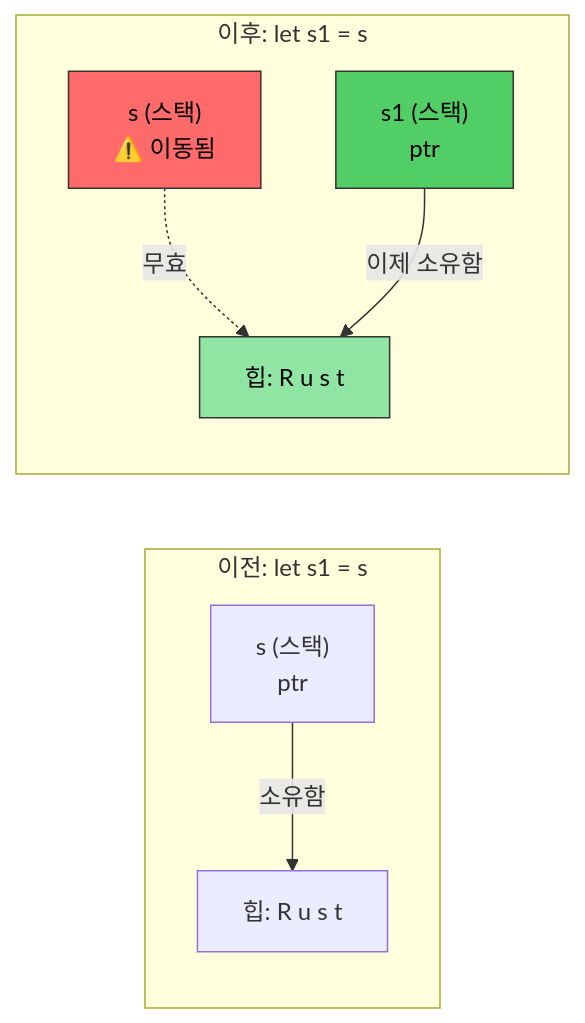
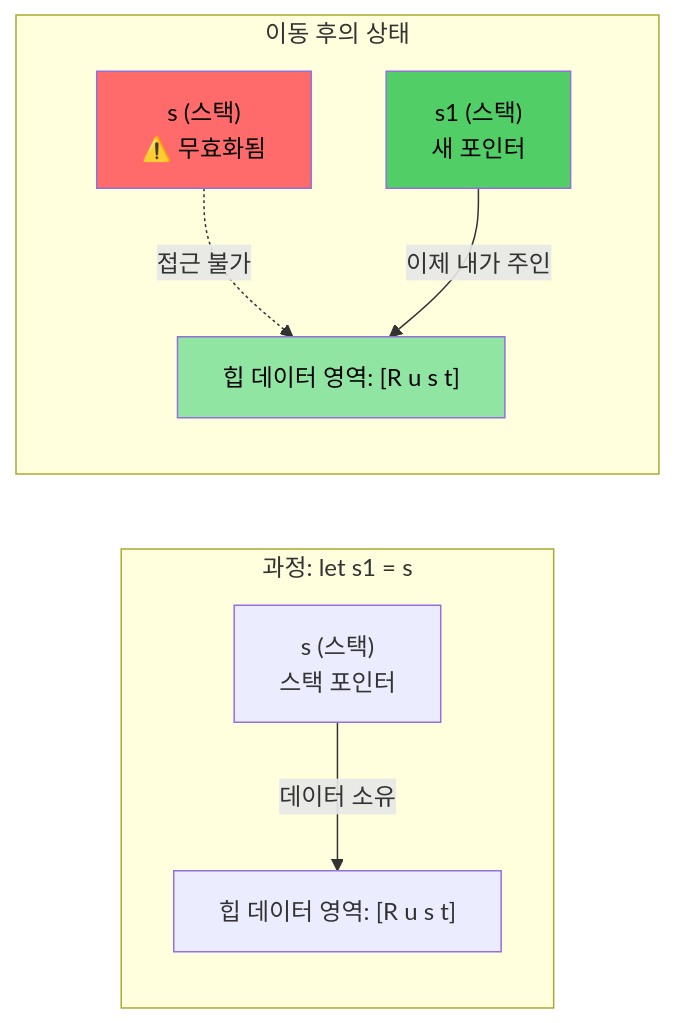
Before and after one commit to partrita/RustTraining: the diagram in c-cpp-book/src/ch07-ownership-and-borrowing.md, drawn with Mermaid. The commit also changed other lines of this file and 157 other files, not shown here.

````diff
--- a/c-cpp-book/src/ch07-ownership-and-borrowing.md
+++ b/c-cpp-book/src/ch07-ownership-and-borrowing.md
@@ -101,15 +92,15 @@
 ```mermaid
 graph LR
-    subgraph "이전: let s1 = s"
-        S["s (스택)<br/>ptr"] -->|"소유함"| H1["힙: R u s t"]
+    subgraph "과정: let s1 = s"
+        S["s (스택)<br/>스택 포인터"] -->|"데이터 소유"| H1["힙 데이터 영역: [R u s t]"]
     end
 
-    subgraph "이후: let s1 = s"
-        S_MOVED["s (스택)<br/>⚠️ 이동됨"] -.->|"무효"| H2["힙: R u s t"]
-        S1["s1 (스택)<br/>ptr"] -->|"이제 소유함"| H2
+    subgraph "이동 후의 상태"
+        S_MOVED["s (스택)<br/>⚠️ 무효화됨"] -.->|"접근 불가"| H2["힙 데이터 영역: [R u s t]"]
+        S1["s1 (스택)<br/>새 포인터"] -->|"이제 내가 주인"| H2
     end
 
-    style S_MOVED fill:#ff6b6b,color:#000,stroke:#333
-    style S1 fill:#51cf66,color:#000,stroke:#333
-    style H2 fill:#91e5a3,color:#000,stroke:#333
+    style S_MOVED fill:#ff6b6b,color:#000
+    style S1 fill:#51cf66,color:#000
+    style H2 fill:#91e5a3,color:#000
 ```
````
